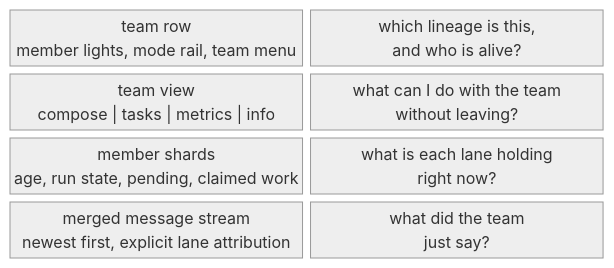
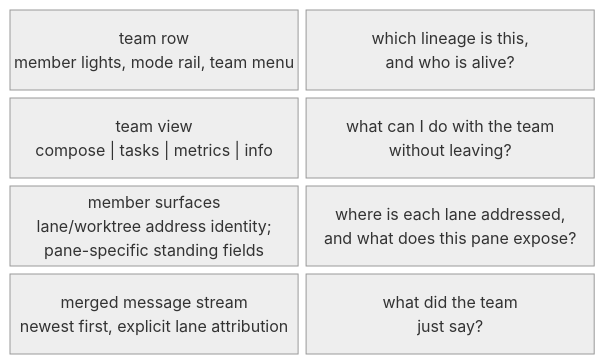
Before and after one commit to infimalabs/spice-rust: diagram 16 of 25 in docs/product/value.md, drawn with Mermaid (neutral theme). The commit also changed other lines of this file and 120 other files, not shown here.

````diff
--- a/docs/product/value.md
+++ b/docs/product/value.md
@@ -369,8 +379,8 @@
 ```mermaid
 block-beta
   columns 2
   T["team row<br/>member lights, mode rail, team menu"] q1["which lineage is this,<br/>and who is alive?"]
   V["team view<br/>compose | tasks | metrics | info"] q2["what can I do with the team<br/>without leaving?"]
-  S["member shards<br/>age, run state, pending, claimed work"] q3["what is each lane holding<br/>right now?"]
+  S["member surfaces<br/>lane/worktree address identity;<br/>pane-specific standing fields"] q3["where is each lane addressed,<br/>and what does this pane expose?"]
   M["merged message stream<br/>newest first, explicit lane attribution"] q4["what did the team<br/>just say?"]
 ```
````
